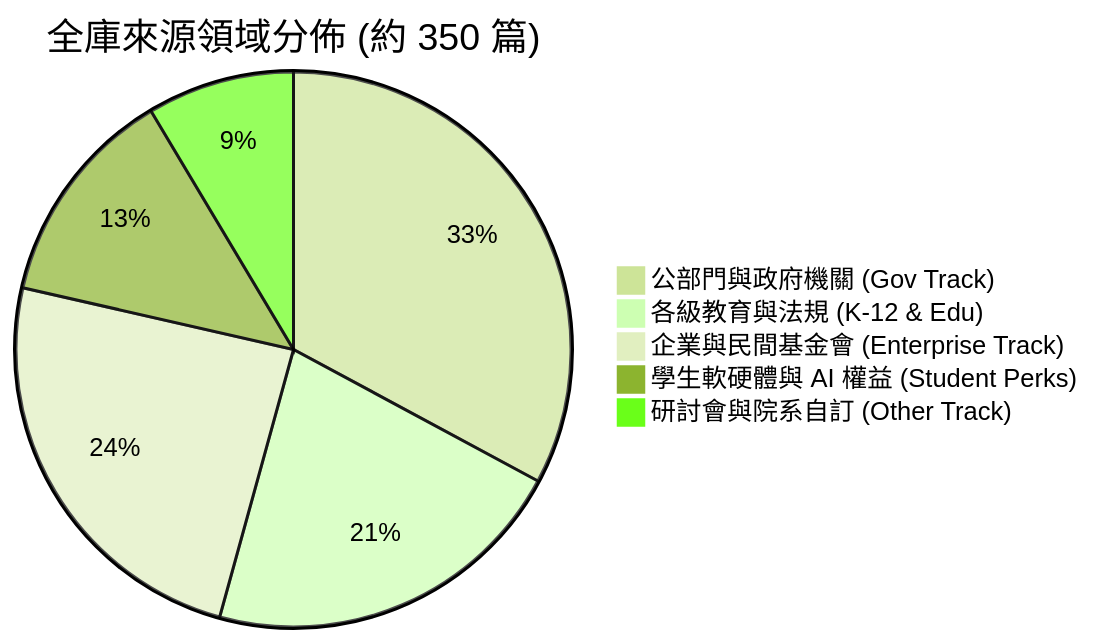
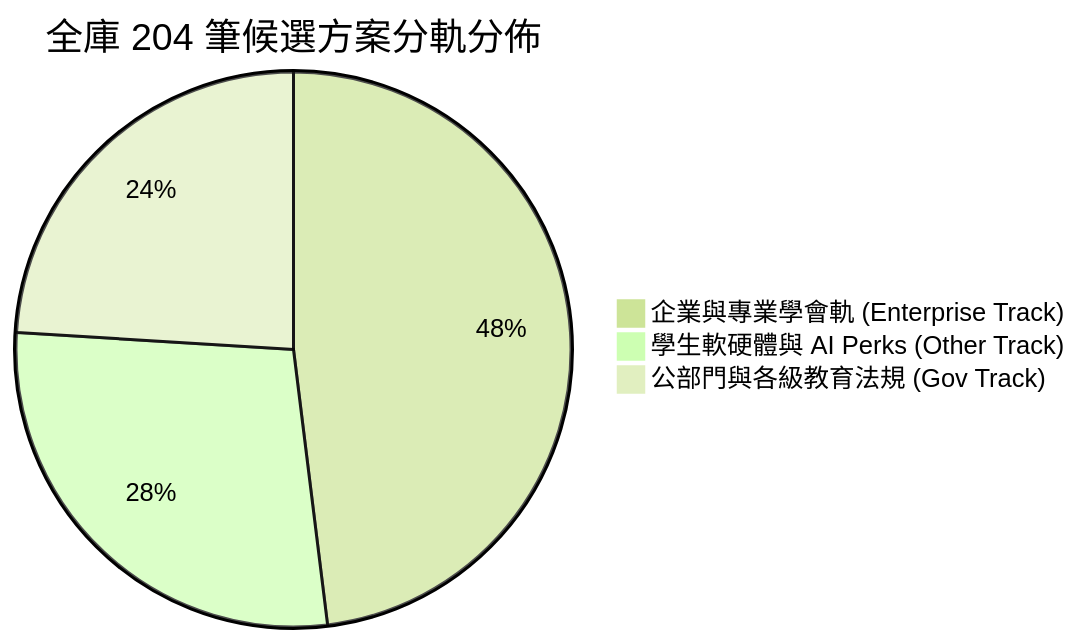
The first of 2 diagrams in docs/FULL-LIBRARY-EXTRACTION-PLAN.md (matt-ye/opengsa), drawn with Mermaid (forest theme) before and after one commit. The commit also changed other lines of this file and 2 other files, not shown here.

````diff
--- a/docs/FULL-LIBRARY-EXTRACTION-PLAN.md
+++ b/docs/FULL-LIBRARY-EXTRACTION-PLAN.md
@@ -13,8 +13,6 @@
 ```mermaid
-pie title 全庫來源領域分佈 (約 350 篇)
-    "公部門與政府機關 (Gov Track)" : 115
-    "各級教育與法規 (K-12 & Edu)" : 75
-    "企業與民間基金會 (Enterprise Track)" : 85
-    "學生軟硬體與 AI 權益 (Student Perks)" : 45
-    "研討會與院系自訂 (Other Track)" : 30
+pie title 全庫 204 筆候選方案分軌分佈
+    "企業與專業學會軌 (Enterprise Track)" : 98
+    "學生軟硬體與 AI Perks (Other Track)" : 57
+    "公部門與各級教育法規 (Gov Track)" : 49
 ```
````
